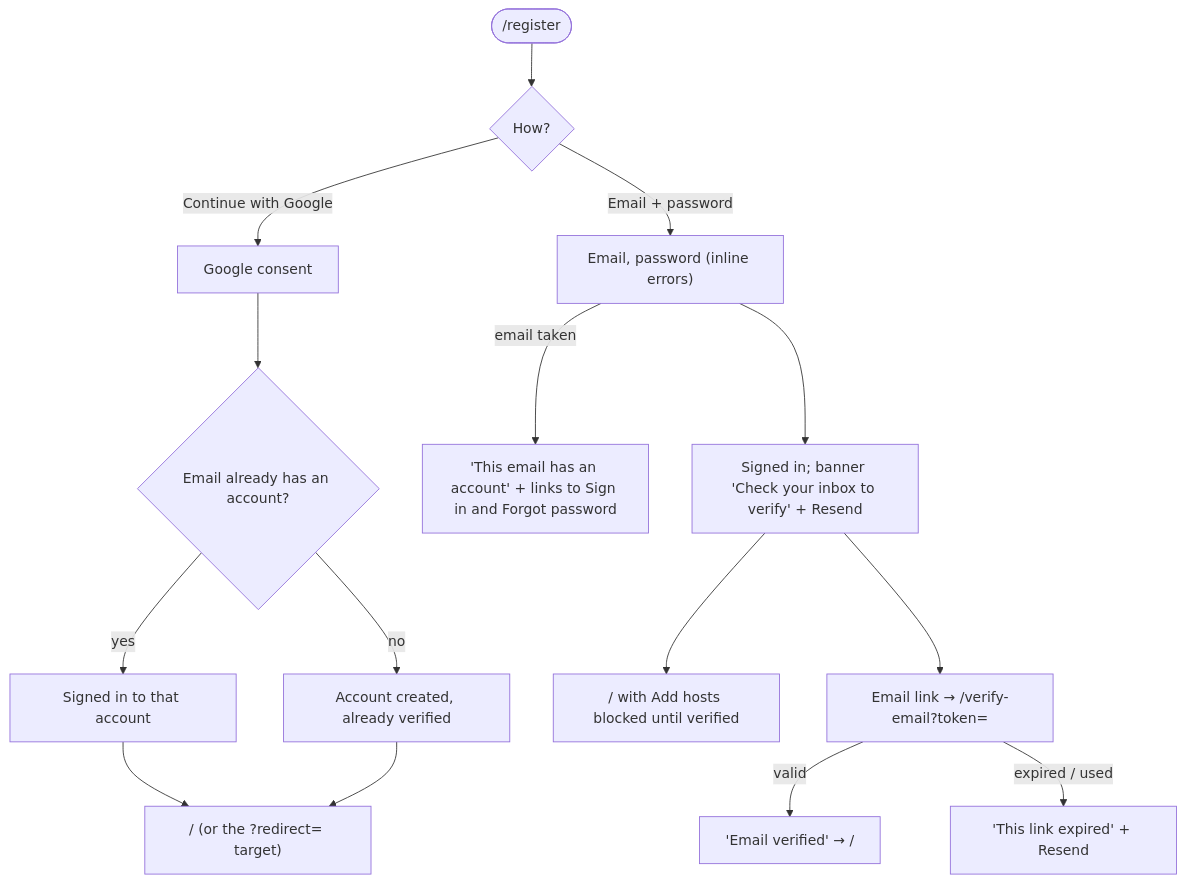
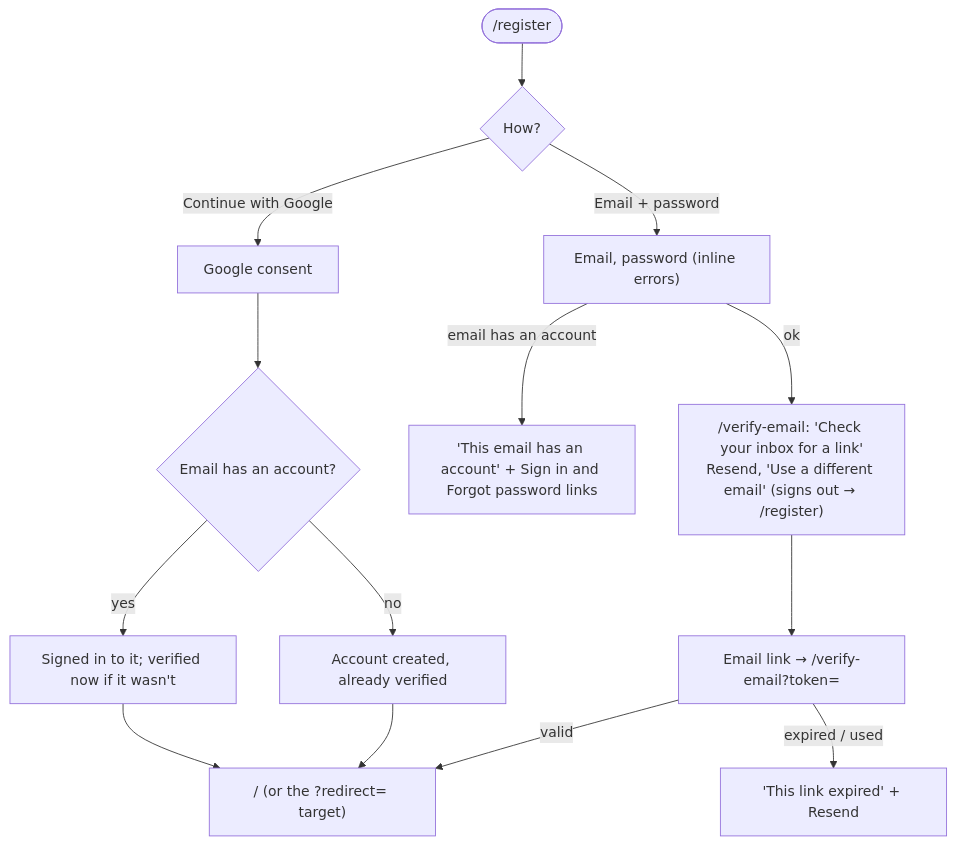
Before and after one commit to binhld98/AutoRecordLive: the ninth of 11 diagrams in docs/user-flows.md, drawn with Mermaid. The commit also changed other lines of this file, not shown here.

Commit message:
docs: revise user flows after review

````diff
--- a/docs/user-flows.md
+++ b/docs/user-flows.md
@@ -151,16 +232,15 @@
 ```mermaid
 flowchart TD
   reg(["/register"]) --> how{"How?"}
-  how -- "Continue with Google" --> google["Google consent"] --> exists{"Email already has an account?"}
-  exists -- yes --> signin["Signed in to that account"]
+  how -- "Continue with Google" --> google["Google consent"] --> exists{"Email has an account?"}
+  exists -- "yes" --> signin["Signed in to it; verified now if it wasn't"]
   exists -- no --> created["Account created, already verified"]
   signin --> app["/ (or the ?redirect= target)"]
   created --> app
   how -- "Email + password" --> form["Email, password (inline errors)"]
-  form -- "email taken" --> taken["'This email has an account' + links to Sign in and Forgot password"]
-  form --> sent["Signed in; banner 'Check your inbox to verify' + Resend"]
-  sent --> app2["/ with Add hosts blocked until verified"]
-  sent --> link["Email link → /verify-email?token="]
-  link -- valid --> ok["'Email verified' → /"]
+  form -- "email has an account" --> taken["'This email has an account' + Sign in and Forgot password links"]
+  form -- ok --> gate["/verify-email: 'Check your inbox for a link'<br/>Resend, 'Use a different email' (signs out → /register)"]
+  gate --> link["Email link → /verify-email?token="]
+  link -- valid --> app
   link -- "expired / used" --> bad["'This link expired' + Resend"]
 ```
````
